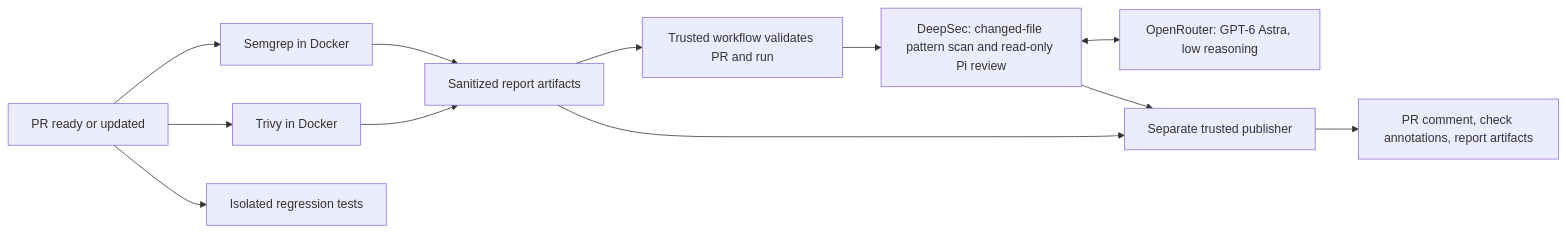
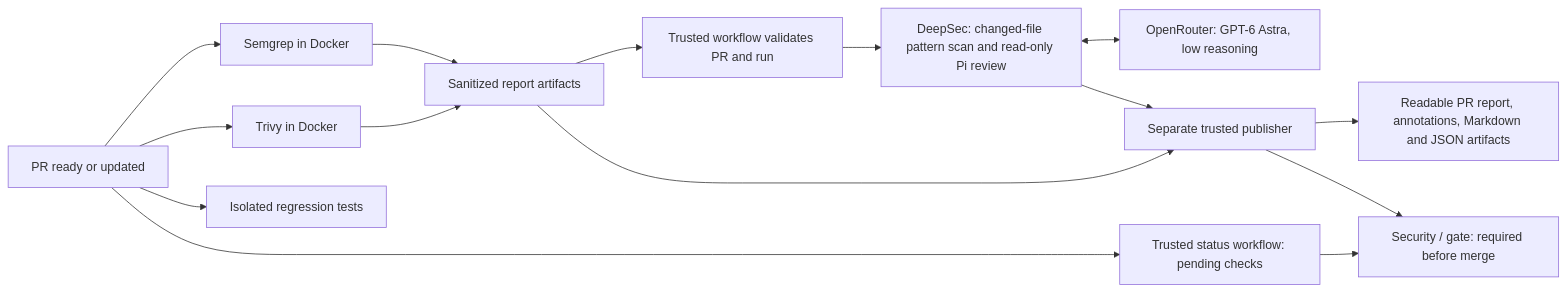
One commit to na-stt/security-pipeline-demo changed the diagram in README.md. Above: the diagram before and after it, drawn with Mermaid. The commit also changed other lines of this file and 13 other files, not shown here.

Commit message:
Add combined security gate and readable PR reports

````diff
--- a/README.md
+++ b/README.md
@@ -29,14 +29,17 @@
 ```mermaid
 flowchart LR
   PR[PR ready or updated] --> S[Semgrep in Docker]
   PR --> T[Trivy in Docker]
   PR --> TEST[Isolated regression tests]
+  PR --> STATUS[Trusted status workflow: pending checks]
+  STATUS --> GATE[Security / gate: required before merge]
   S --> A[Sanitized report artifacts]
   T --> A
   A --> V[Trusted workflow validates PR and run]
   V --> D[DeepSec: changed-file pattern scan and read-only Pi review]
   D <--> OR[OpenRouter: GPT-6 Astra, low reasoning]
   D --> P[Separate trusted publisher]
   A --> P
-  P --> R[PR comment, check annotations, report artifacts]
+  P --> R[Readable PR report, annotations, Markdown and JSON artifacts]
+  P --> GATE
 ```
````
